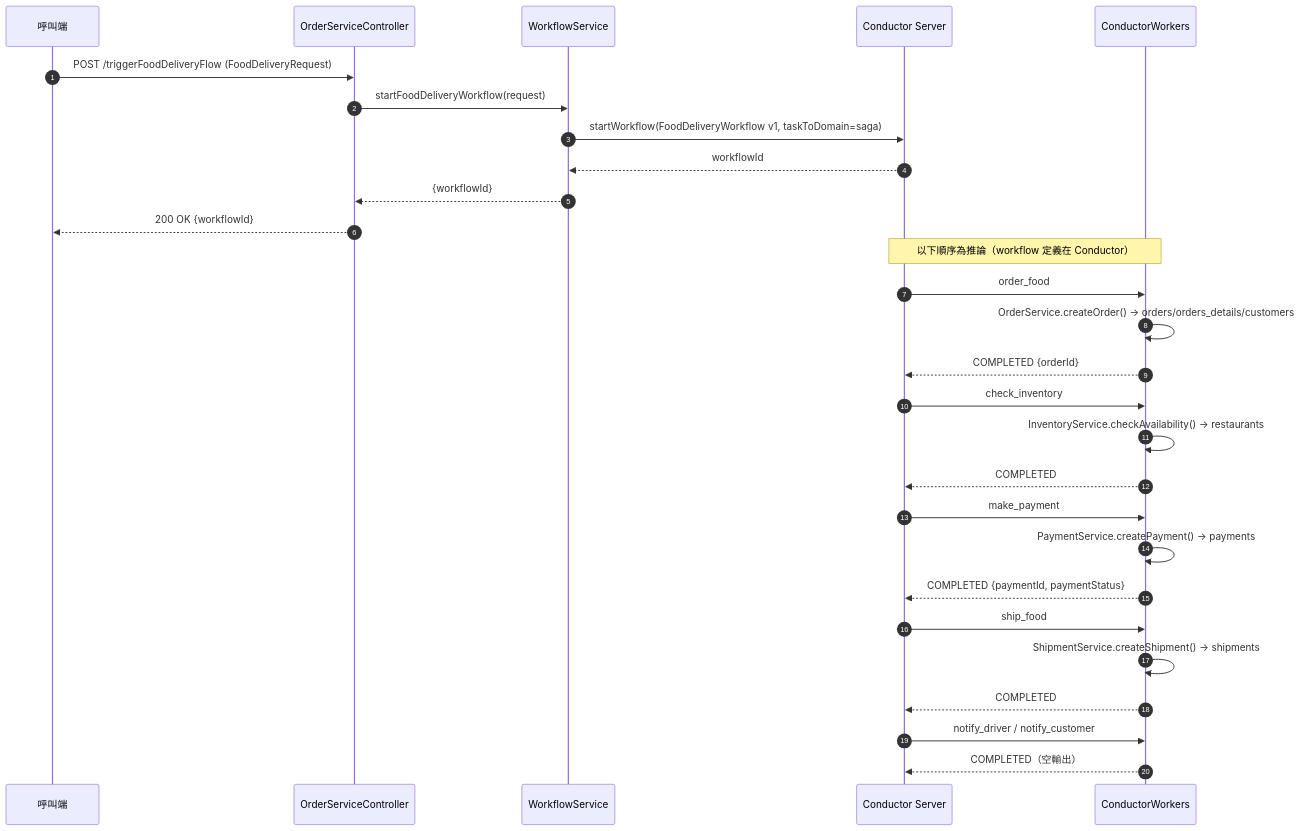
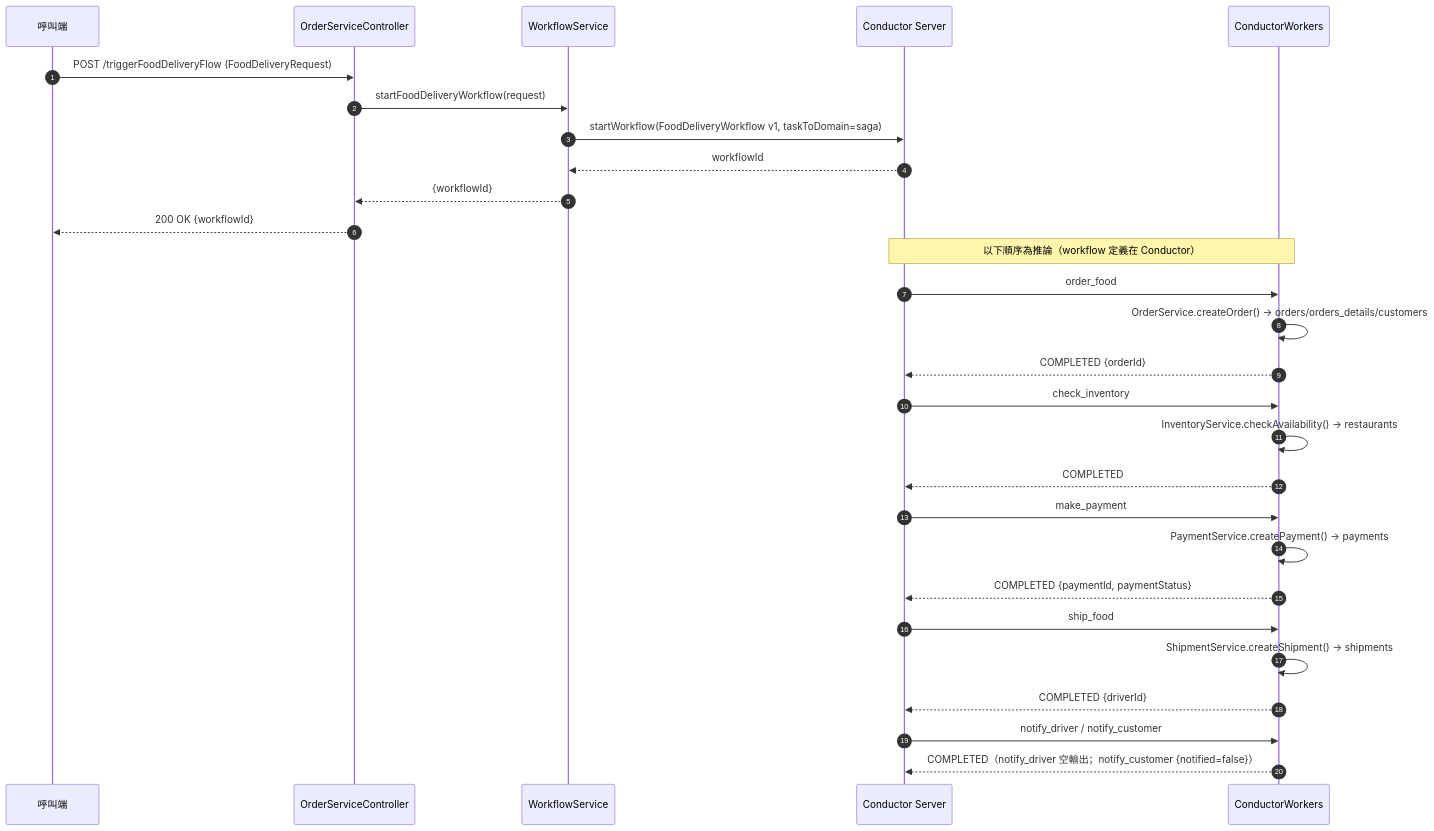
The fourth of 8 diagrams in docs/architecture.md (tradingbot-tw/saga-pattern), drawn with Mermaid before and after one commit. The commit also changed other lines of this file, not shown here.

Commit message:
docs: document ship_food driverId and notify_customer placeholder contract (#24)

````diff
--- a/docs/architecture.md
+++ b/docs/architecture.md
@@ -150,30 +159,30 @@
 ```mermaid
 sequenceDiagram
     autonumber
     participant U as 呼叫端
     participant C as OrderServiceController
     participant W as WorkflowService
     participant S as Conductor Server
     participant K as ConductorWorkers
     U->>C: POST /triggerFoodDeliveryFlow (FoodDeliveryRequest)
     C->>W: startFoodDeliveryWorkflow(request)
     W->>S: startWorkflow(FoodDeliveryWorkflow v1, taskToDomain=saga)
     S-->>W: workflowId
     W-->>C: {workflowId}
     C-->>U: 200 OK {workflowId}
     Note over S,K: 以下順序為推論（workflow 定義在 Conductor）
     S->>K: order_food
     K->>K: OrderService.createOrder() → orders/orders_details/customers
     K-->>S: COMPLETED {orderId}
     S->>K: check_inventory
     K->>K: InventoryService.checkAvailability() → restaurants
     K-->>S: COMPLETED
     S->>K: make_payment
     K->>K: PaymentService.createPayment() → payments
     K-->>S: COMPLETED {paymentId, paymentStatus}
     S->>K: ship_food
     K->>K: ShipmentService.createShipment() → shipments
-    K-->>S: COMPLETED
+    K-->>S: COMPLETED {driverId}
     S->>K: notify_driver / notify_customer
-    K-->>S: COMPLETED（空輸出）
+    K-->>S: COMPLETED（notify_driver 空輸出；notify_customer {notified=false}）
 ```
````
